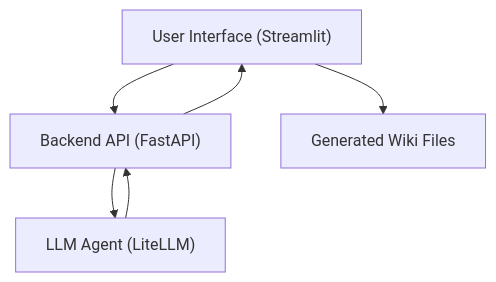
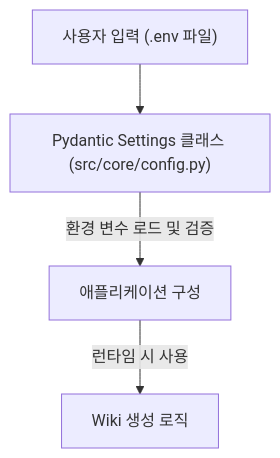
One commit to catuscio/wiki-as-readme changed diagram 13 of 19 in examples/wiki_as_README.md. Above: the diagram before and after it, drawn with Mermaid. The commit also changed other lines of this file, not shown here.

Commit message:
✨📚 Update examples/wiki_as_README.md via Wiki-As-Readme Action (ko)

````diff
--- a/examples/wiki_as_README.md
+++ b/examples/wiki_as_README.md
@@ -2014,8 +1668,6 @@
 ```mermaid
 graph TD
-    A["User Interface (Streamlit)"] --> B["Backend API (FastAPI)"];
-    B --> C["LLM Agent (LiteLLM)"];
-    C --> B;
-    B --> A;
-    A --> D["Generated Wiki Files"];
+    A["사용자 입력 (.env 파일)"] --> B["Pydantic Settings 클래스 (src/core/config.py)"];
+    B -- "환경 변수 로드 및 검증" --> C["애플리케이션 구성"];
+    C -- "런타임 시 사용" --> D["Wiki 생성 로직"];
 ```
````
